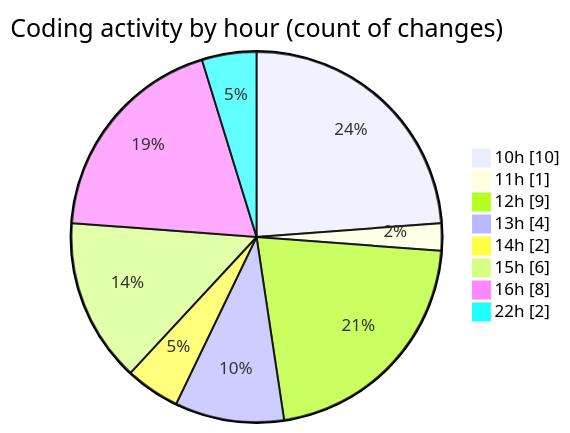
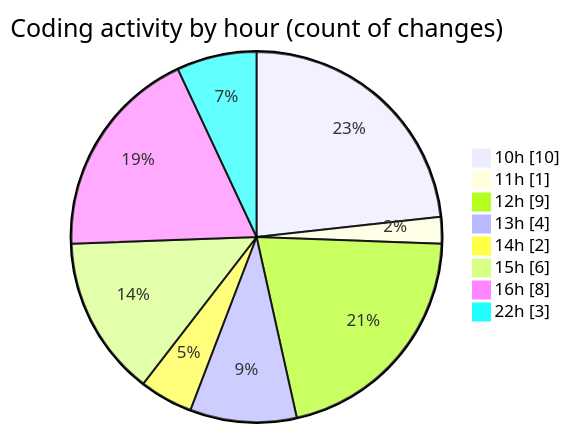
The second of 2 diagrams in 2025-11-20/eventscop-api-guide__workspace_/README.md (julien-gomy/code-tracking), drawn with Mermaid before and after one commit. The commit also changed other lines of this file and 1 other file, not shown here.

````diff
--- a/2025-11-20/eventscop-api-guide__workspace_/README.md
+++ b/2025-11-20/eventscop-api-guide__workspace_/README.md
@@ -42,12 +42,12 @@
 ```mermaid
 pie showData
 title Coding activity by hour (count of changes)
 "10h" : 10
 "11h" : 1
 "12h" : 9
 "13h" : 4
 "14h" : 2
 "15h" : 6
 "16h" : 8
-"22h" : 2
+"22h" : 3
 ```
````
